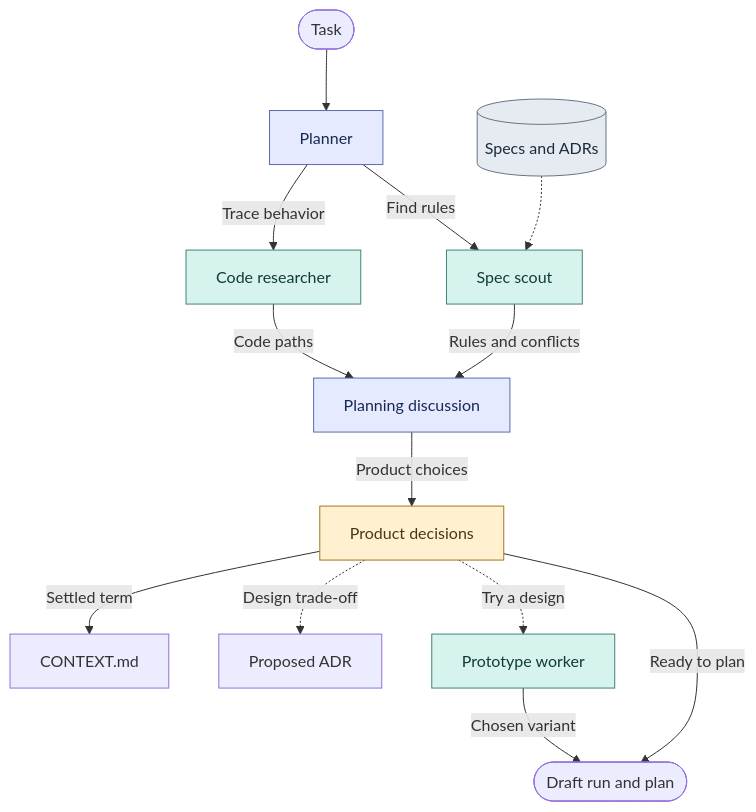
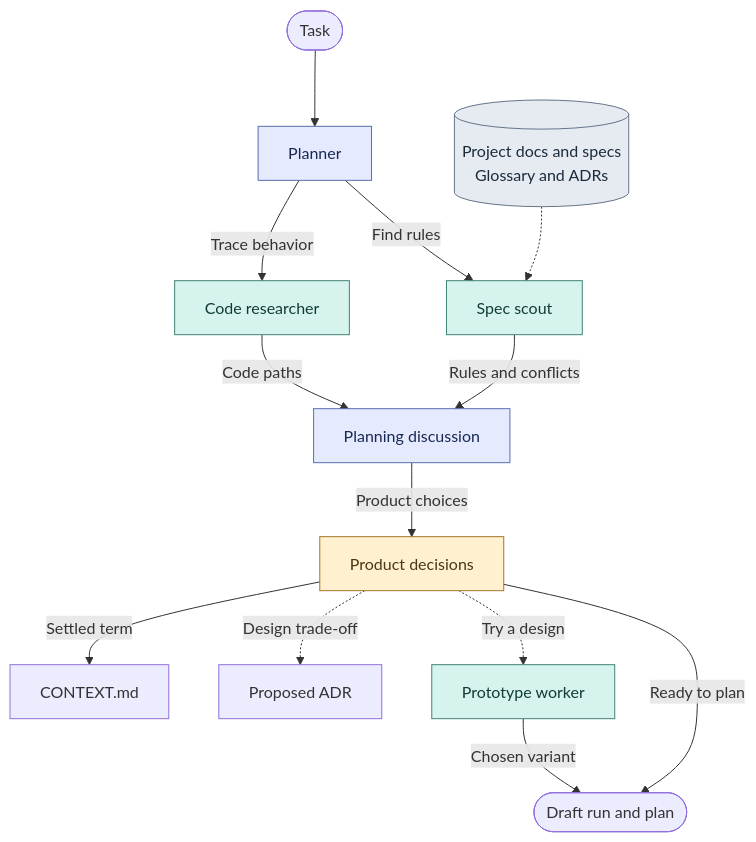
The first of 6 diagrams in README.md (bmox0/dev-skills), drawn with Mermaid before and after one commit. The commit also changed other lines of this file and 5 other files, not shown here.

````diff
--- a/README.md
+++ b/README.md
@@ -99,19 +71,19 @@
 ```mermaid
 flowchart TD
     task(["Task"]) --> plan["Planner"]:::primary
     plan -->|"Trace behavior"| code["Code researcher"]:::secondary
     plan -->|"Find rules"| scout["Spec scout"]:::secondary
-    rules[("Specs and ADRs")]:::cli -.-> scout
+    rules[("Project docs and specs<br/>Glossary and ADRs")]:::cli -.-> scout
     code -->|"Code paths"| grill["Planning discussion"]:::primary
     scout -->|"Rules and conflicts"| grill
     grill -->|"Product choices"| decision["Product decisions"]:::human
     decision -->|"Settled term"| glossary["CONTEXT.md"]
     decision -.->|"Design trade-off"| adr["Proposed ADR"]
     decision -.->|"Try a design"| proto["Prototype worker"]:::secondary
     proto -->|"Chosen variant"| draft(["Draft run and plan"])
     decision -->|"Ready to plan"| draft
     classDef primary fill:#e5eaff,stroke:#596eb0,color:#182951
     classDef secondary fill:#d6f3ee,stroke:#428478,color:#113c36
     classDef cli fill:#e6ebf1,stroke:#667588,color:#1c2b3a
     classDef human fill:#fff0cf,stroke:#a27625,color:#4d3613
 ```
````
